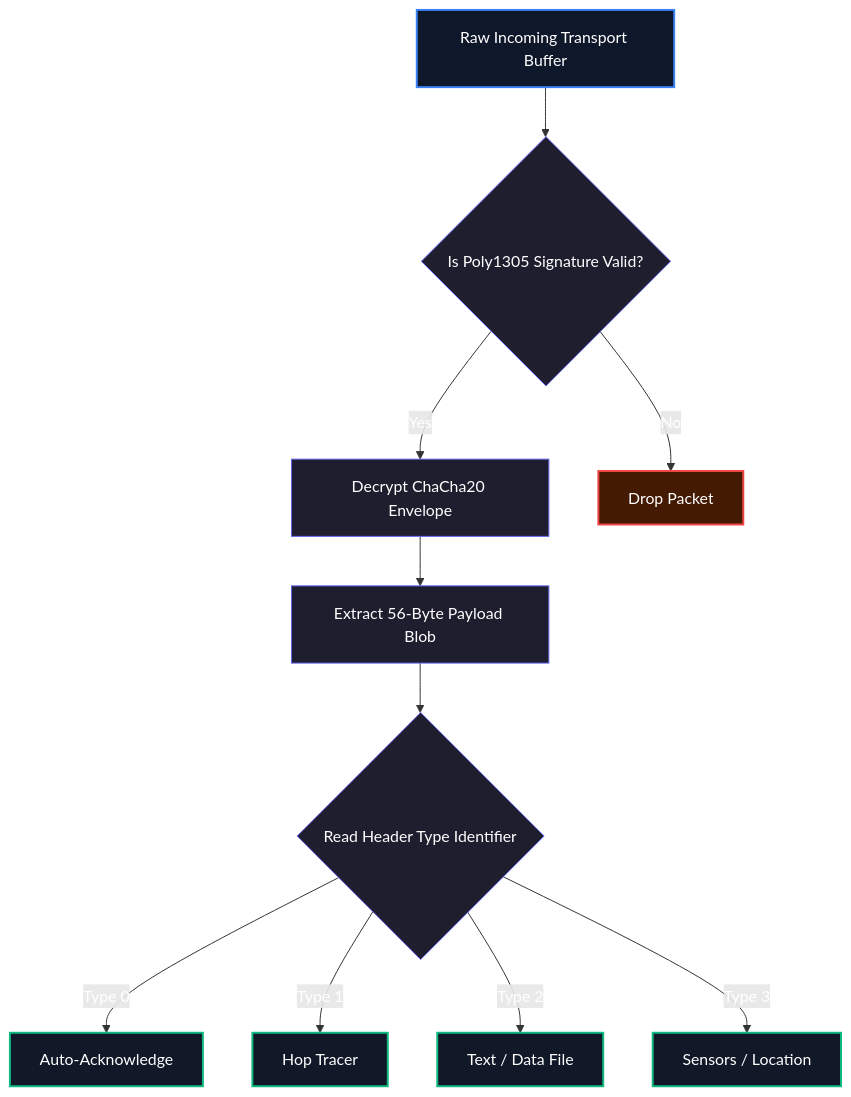
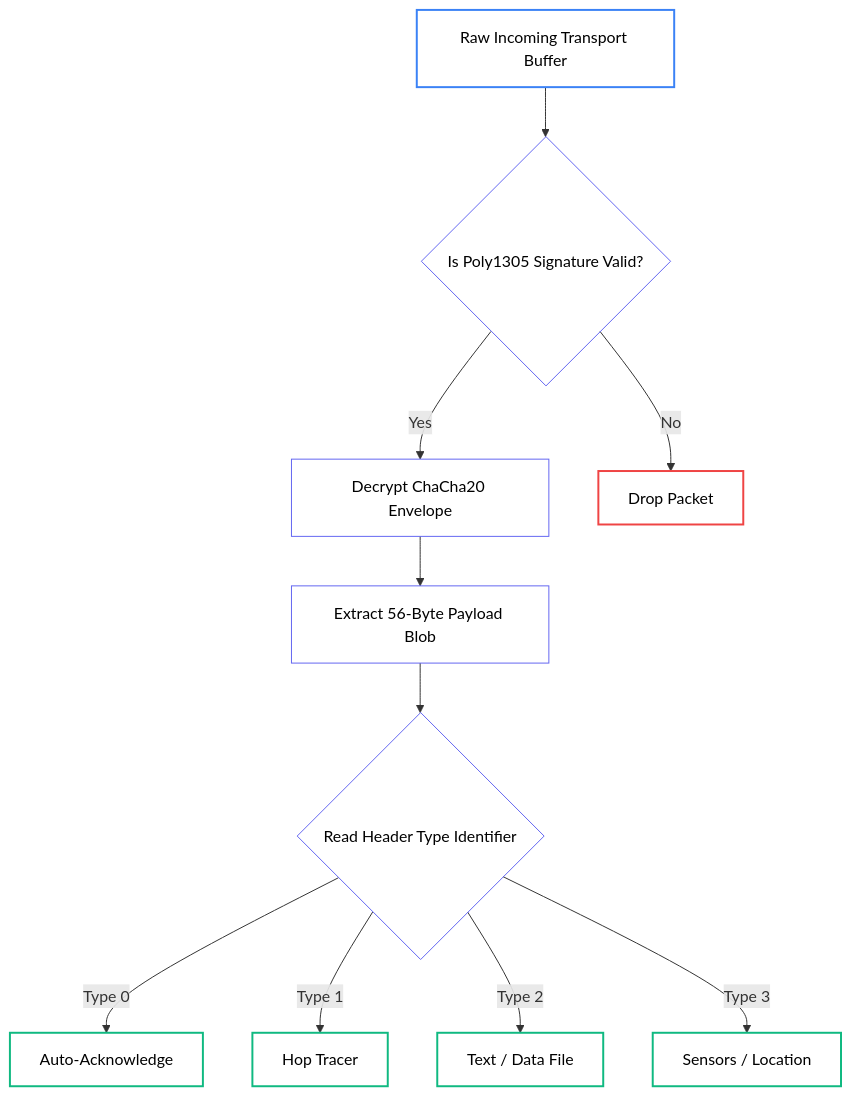
Before and after one commit to qshosfw/hermes: the second of 2 diagrams in src/docs/content/docs/rfc/application/01-payload-formats.mdx, drawn with Mermaid. The commit also changed other lines of this file and 29 other files, not shown here.

````diff
--- a/src/docs/content/docs/rfc/application/01-payload-formats.mdx
+++ b/src/docs/content/docs/rfc/application/01-payload-formats.mdx
@@ -30,23 +44,23 @@
 ```mermaid
 graph TD
     A["Raw Incoming Transport Buffer"] --> B{"Is Poly1305 Signature Valid?"}
     B -- Yes --> C["Decrypt ChaCha20 Envelope"]
     B -- No --> D["Drop Packet"]
     C --> E["Extract 56-Byte Payload Blob"]
     E --> F{"Read Header Type Identifier"}
     
     F -->|Type 0| ACK["Auto-Acknowledge"]
     F -->|Type 1| PING["Hop Tracer"]
     F -->|Type 2| MSG["Text / Data File"]
     F -->|Type 3| TEL["Sensors / Location"]
     
-    classDef root fill:#0f172a,stroke:#3b82f6,stroke-width:2px,color:white
-    classDef node fill:#1e1e2e,stroke:#6366f1,stroke-width:1px,color:white
-    classDef dest fill:#111827,stroke:#10b981,stroke-width:2px,color:white
-    classDef bad fill:#451a03,stroke:#ef4444,stroke-width:2px,color:white
+    classDef root fill:transparent,stroke:#3b82f6,stroke-width:2px,color:inherit
+    classDef node fill:transparent,stroke:#6366f1,stroke-width:1px,color:inherit
+    classDef dest fill:transparent,stroke:#10b981,stroke-width:2px,color:inherit
+    classDef bad fill:transparent,stroke:#ef4444,stroke-width:2px,color:inherit
     
     class A root
     class B,C,E,F node
     class ACK,PING,MSG,TEL dest
     class D bad
 ```
````
